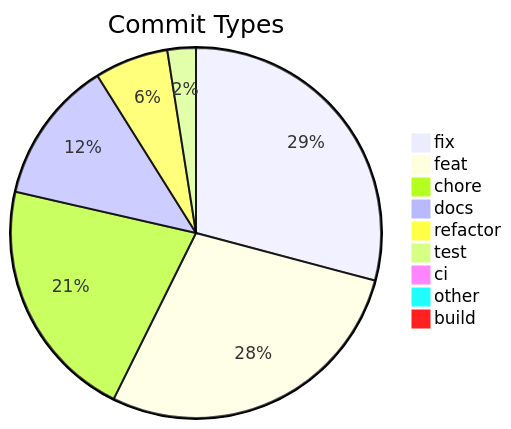
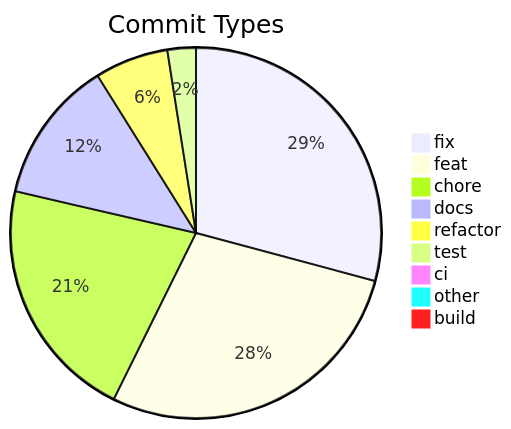
Before and after one commit to svenroth-ai/shipwright: the diagram in .shipwright/compliance/change-history.md, drawn with Mermaid. The commit also changed other lines of this file and 31 other files, not shown here.

````diff
--- a/.shipwright/compliance/change-history.md
+++ b/.shipwright/compliance/change-history.md
@@ -8,12 +8,12 @@
 ```mermaid
 pie title Commit Types
-    "fix" : 340
+    "fix" : 341
     "feat" : 329
-    "chore" : 248
+    "chore" : 249
     "docs" : 146
     "refactor" : 75
     "test" : 29
     "ci" : 11
     "other" : 9
     "build" : 1
 ```
````
